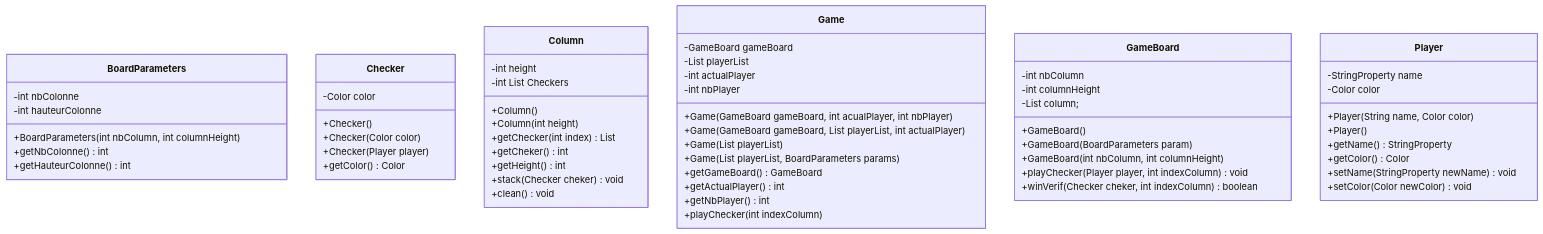
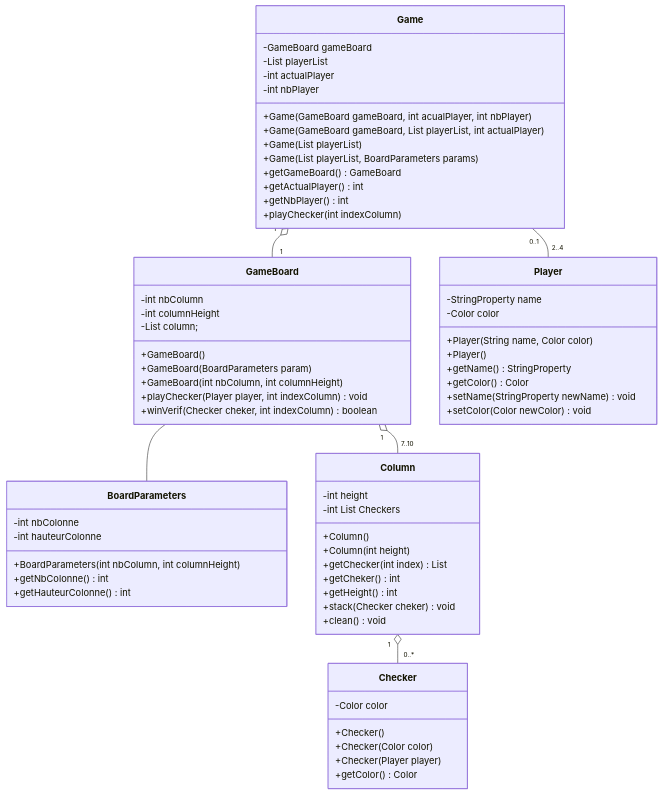
The diagram in DiagUML/UMLMermaid.mmd (IMR4Power/Game), drawn with Mermaid before and after one commit.

Commit message:
Diagramme de classe

```diff
--- a/DiagUML/UMLMermaid.mmd
+++ b/DiagUML/UMLMermaid.mmd
@@ -1,68 +1,71 @@
 classDiagram
-%% Ceci est un fichier mermaid. Voici comment parler mermaid:
-%% https://mermaid-js.github.io/mermaid/#/classDiagram
-%% Pour l'utiliser, télécharger l'extension Mermaid Editor sur VSCode ou rendez-vous sur https://mermaid-js.github.io/mermaid-live-editor/
-class BoardParameters{
+  class BoardParameters{
     -int nbColonne
     -int hauteurColonne
     +BoardParameters(int nbColumn, int columnHeight)
     +getNbColonne() int
     +getHauteurColonne() int
   }
 
   class Checker{
     -Color color
     +Checker()
     +Checker(Color color)
     +Checker(Player player)
     +getColor() Color
   }
 
   class Column{
     -int height
     -int List<Checker> Checkers
     +Column()
     +Column(int height)
     +getChecker(int index) List<Cheker>
     +getCheker() int
     +getHeight() int
     +stack(Checker cheker) void
     +clean() void
   }
 
   class Game {
     -GameBoard gameBoard
     -List<Player> playerList
     -int actualPlayer
     -int nbPlayer
     +Game(GameBoard gameBoard, int acualPlayer, int nbPlayer)
     +Game(GameBoard gameBoard, List<Player> playerList, int actualPlayer)
     +Game(List<Player> playerList)
     +Game(List<Player> playerList, BoardParameters params)
     +getGameBoard() GameBoard
     +getActualPlayer() int
     +getNbPlayer() int
     +playChecker(int indexColumn)
   }
 
   class GameBoard{
     -int nbColumn
     -int columnHeight
     -List<Column> column;
     +GameBoard()
     +GameBoard(BoardParameters param)
     +GameBoard(int nbColumn, int columnHeight)
     +playChecker(Player player, int indexColumn) void
     +winVerif(Checker cheker, int indexColumn) boolean
   }
 
   class Player{
     -StringProperty name
     -Color color
     +Player(String name, Color color)
     +Player()
     +getName() StringProperty
     +getColor() Color
     +setName(StringProperty newName) void
     +setColor(Color newColor) void
   }
+
+  Game "1" o-- "1" GameBoard
+  Game "0..1" -- "2..4" Player
+  GameBoard "1" o-- "7..10" Column
+  GameBoard -- BoardParameters
+  Column "1" o-- "0..*" Checker
```
